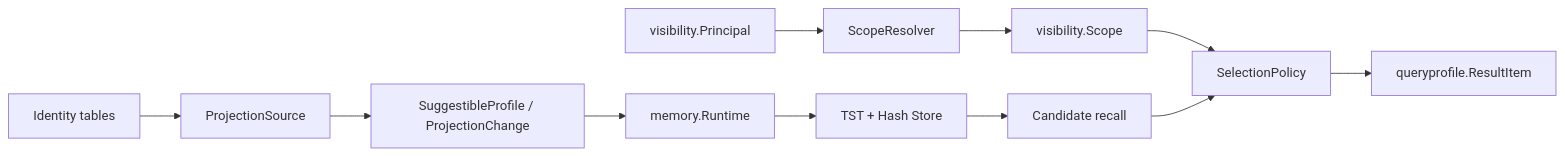
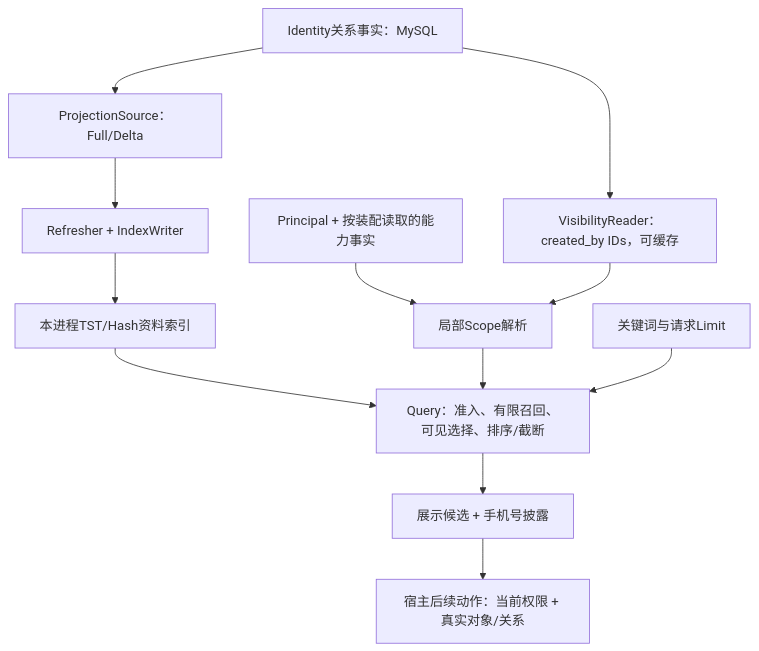
The diagram in docs/06-专题设计/05-Suggest为什么是读模型.md (FangcunMount/iam), drawn with Mermaid before and after one commit. The commit also changed other lines of this file and 14 other files, not shown here.

````diff
--- a/docs/06-专题设计/05-Suggest为什么是读模型.md
+++ b/docs/06-专题设计/05-Suggest为什么是读模型.md
@@ -36,13 +58,14 @@
 ```mermaid
-flowchart LR
-    Identity["Identity tables"] --> Loader["ProjectionSource"]
-    Loader --> Profile["SuggestibleProfile / ProjectionChange"]
-    Profile --> Runtime["memory.Runtime"]
-    Runtime --> Index["TST + Hash Store"]
-    Principal["visibility.Principal"] --> Resolver["ScopeResolver"]
-    Resolver --> Scope["visibility.Scope"]
-    Index --> Recall["Candidate recall"]
-    Scope --> Select["SelectionPolicy"]
-    Recall --> Select
-    Select --> Item["queryprofile.ResultItem"]
+flowchart TB
+    D["Identity关系事实：MySQL"] --> S["ProjectionSource：Full/Delta"]
+    S --> R["Refresher + IndexWriter"]
+    R --> M["本进程TST/Hash资料索引"]
+    D --> V["VisibilityReader：created_by IDs，可缓存"]
+    P["Principal + 按装配读取的能力事实"] --> C["局部Scope解析"]
+    V --> C
+    M --> Q["Query：准入、有限召回、可见选择、排序/截断"]
+    C --> Q
+    I["关键词与请求Limit"] --> Q
+    Q --> O["展示候选 + 手机号披露"]
+    O --> B["宿主后续动作：当前权限 + 真实对象/关系"]
 ```
````
